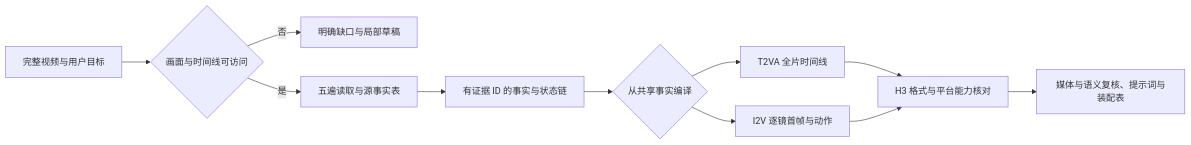
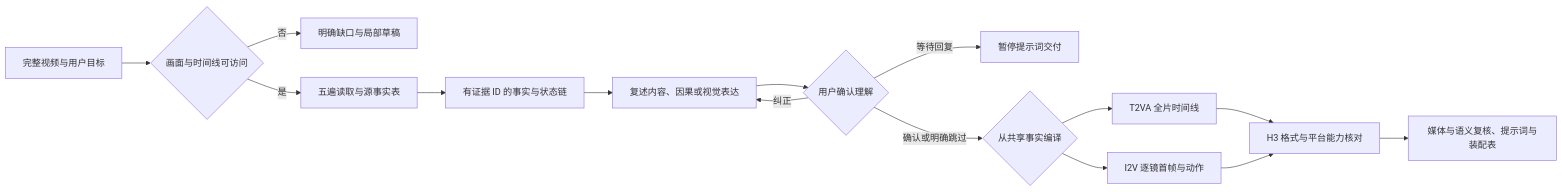
Before and after one commit to gnipbao/minimax-h3-video-reverse-skill: the diagram in README.md, drawn with Mermaid. The commit also changed other lines of this file and 19 other files, not shown here.

````diff
--- a/README.md
+++ b/README.md
@@ -53,13 +65,17 @@
 ```mermaid
 flowchart LR
   A[完整视频与用户目标] --> B{画面与时间线可访问}
   B -->|否| C[明确缺口与局部草稿]
   B -->|是| D[五遍读取与源事实表]
   D --> E[有证据 ID 的事实与状态链]
-  E --> F{从共享事实编译}
+  E --> K[复述内容、因果或视觉表达]
+  K --> L{用户确认理解}
+  L -->|纠正| K
+  L -->|等待回复| M[暂停提示词交付]
+  L -->|确认或明确跳过| F{从共享事实编译}
   F --> G[T2VA 全片时间线]
   F --> H[I2V 逐镜首帧与动作]
   G --> I[H3 格式与平台能力核对]
   H --> I
   I --> J[媒体与语义复核、提示词与装配表]
 ```
````
